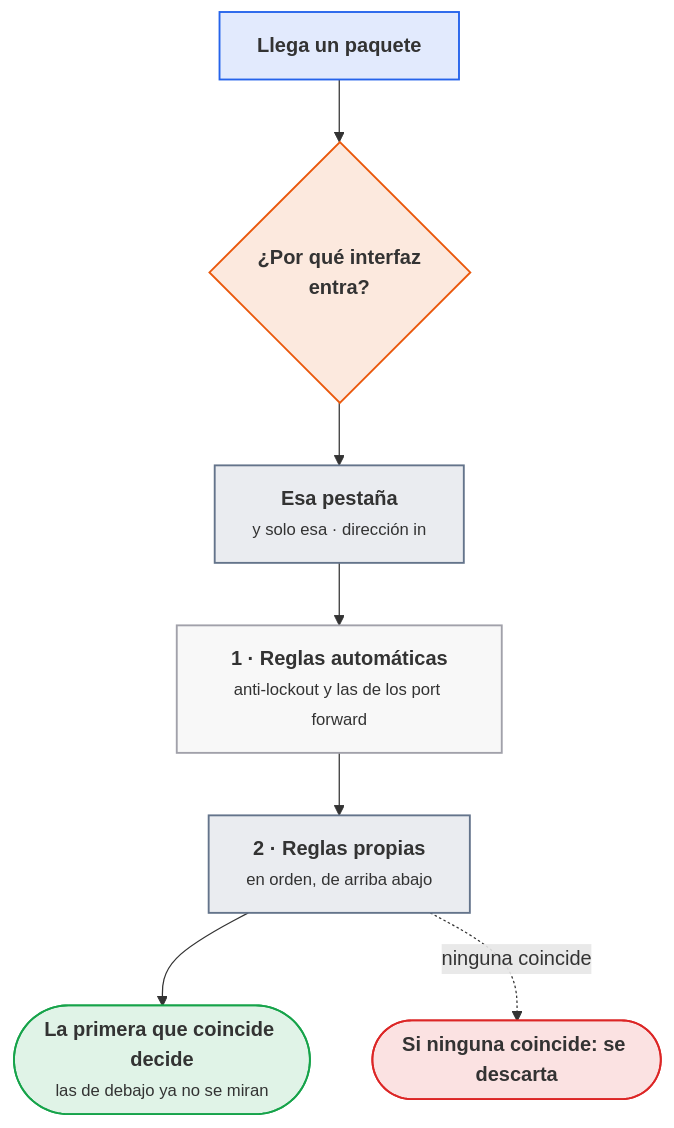
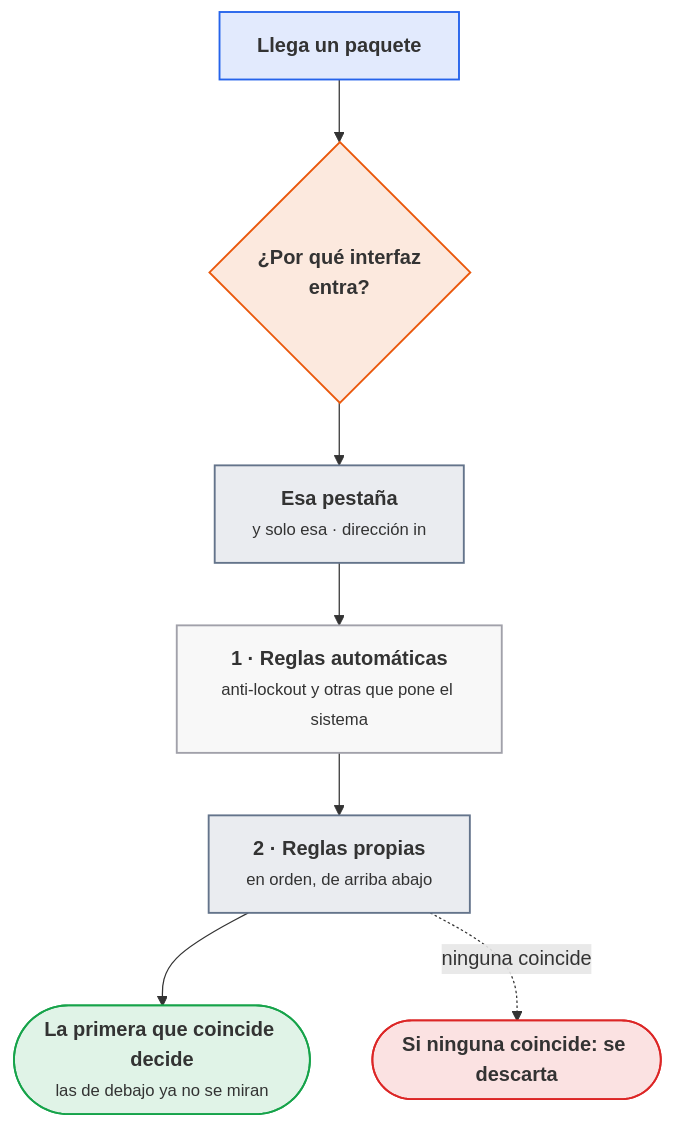
One commit to victor-educ/apuntes-5166 changed the third of 5 diagrams in docs/ut/ut3-seguridad-por-capas.md. Above: the diagram before and after it, drawn with Mermaid. The commit also changed other lines of this file and 10 other files, not shown here.

````diff
--- a/docs/ut/ut3-seguridad-por-capas.md
+++ b/docs/ut/ut3-seguridad-por-capas.md
@@ -251,18 +305,18 @@
 ```mermaid
 flowchart TB
     P["<b>Llega un paquete</b>"]:::dato
     I{"<b>¿Por qué interfaz<br>entra?</b>"}:::act
     PEST["<b>Esa pestaña</b><br><small>y solo esa · dirección in</small>"]:::pieza
-    AUT["<b>1 · Reglas automáticas</b><br><small>anti-lockout y las de los port forward</small>"]:::infra
+    AUT["<b>1 · Reglas automáticas</b><br><small>anti-lockout y otras que pone el sistema</small>"]:::infra
     MIAS["<b>2 · Reglas propias</b><br><small>en orden, de arriba abajo</small>"]:::pieza
     PRIM(["<b>La primera que coincide decide</b><br><small>las de debajo ya no se miran</small>"]):::ok
     DENY(["<b>Si ninguna coincide: se descarta</b>"]):::riesgo
     P --> I --> PEST --> AUT --> MIAS --> PRIM
     MIAS -. "ninguna coincide" .-> DENY
     classDef act fill:#ea580c22,stroke:#ea580c,stroke-width:1.5px
     classDef pieza fill:#64748b22,stroke:#64748b,stroke-width:1.5px
     classDef dato fill:#2563eb22,stroke:#2563eb,stroke-width:1.5px
     classDef infra fill:#a1a1aa14,stroke:#a1a1aa,stroke-width:1.5px
     classDef ok fill:#16a34a22,stroke:#16a34a,stroke-width:1.5px
     classDef riesgo fill:#dc262622,stroke:#dc2626,stroke-width:1.5px
 ```
````
